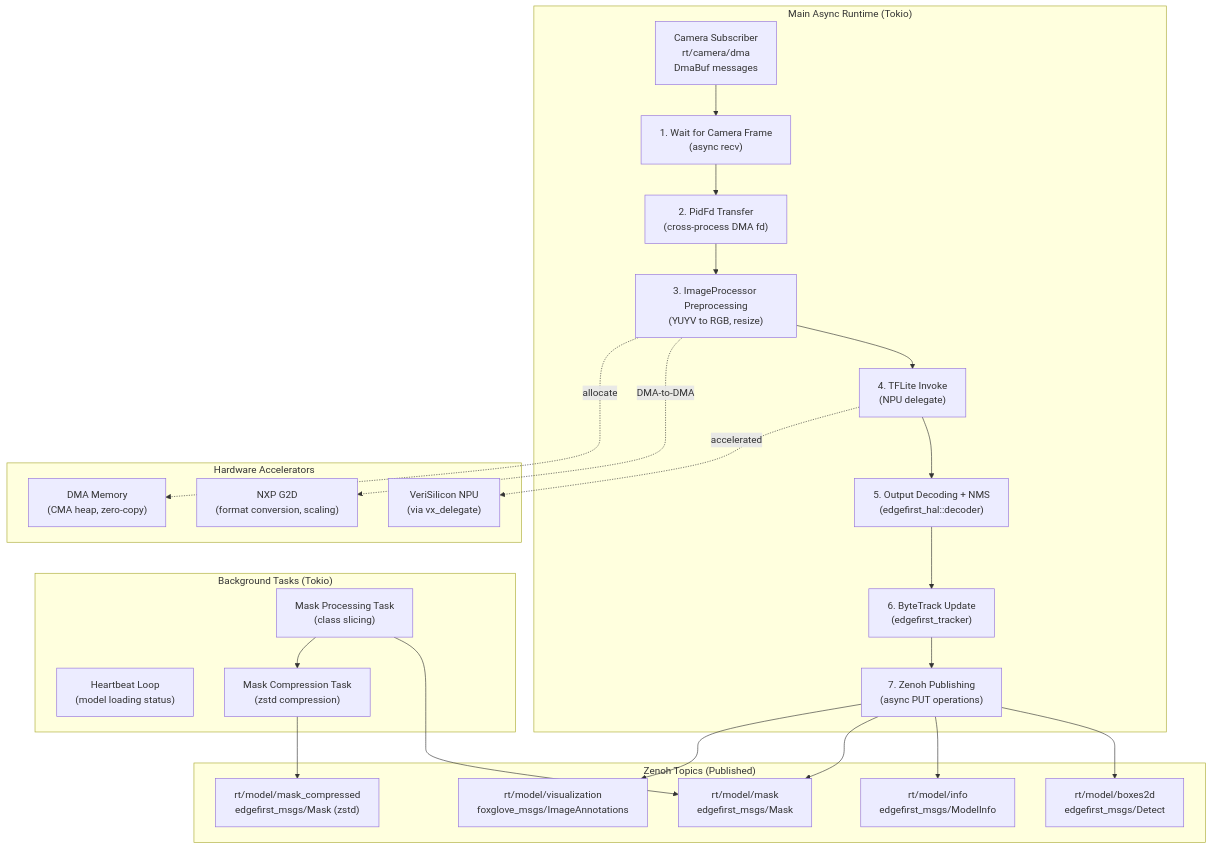
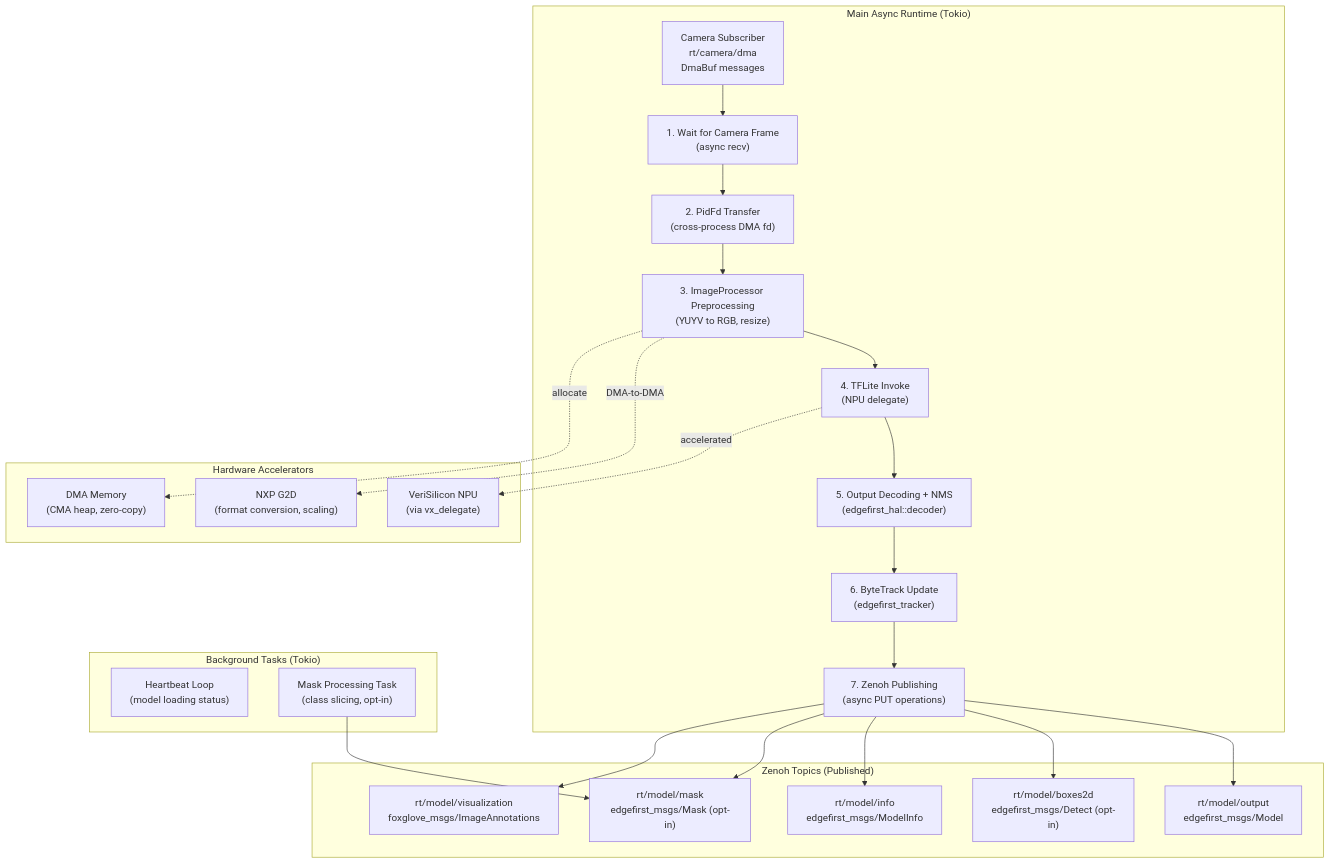
The first of 5 diagrams in ARCHITECTURE.md (EdgeFirstAI/model), drawn with Mermaid before and after one commit. The commit also changed other lines of this file and 12 other files, not shown here.

First line of the commit message:
EDGEAI-1079: Unify model output and deprecate legacy topics

````diff
--- a/ARCHITECTURE.md
+++ b/ARCHITECTURE.md
@@ -29,54 +29,52 @@
 ```mermaid
 graph TB
     subgraph "Main Async Runtime (Tokio)"
         CamSub["Camera Subscriber<br/>rt/camera/dma<br/>DmaBuf messages"]
         WaitFrame["1. Wait for Camera Frame<br/>(async recv)"]
         PidFd["2. PidFd Transfer<br/>(cross-process DMA fd)"]
         G2DPrep["3. ImageProcessor Preprocessing<br/>(YUYV to RGB, resize)"]
         Inference["4. TFLite Invoke<br/>(NPU delegate)"]
         Decode["5. Output Decoding + NMS<br/>(edgefirst_hal::decoder)"]
         Track["6. ByteTrack Update<br/>(edgefirst_tracker)"]
         Publish["7. Zenoh Publishing<br/>(async PUT operations)"]
 
         CamSub --> WaitFrame
         WaitFrame --> PidFd
         PidFd --> G2DPrep
         G2DPrep --> Inference
         Inference --> Decode
         Decode --> Track
         Track --> Publish
     end
 
     subgraph "Background Tasks (Tokio)"
         Heartbeat["Heartbeat Loop<br/>(model loading status)"]
-        MaskTask["Mask Processing Task<br/>(class slicing)"]
-        CompressTask["Mask Compression Task<br/>(zstd compression)"]
+        MaskTask["Mask Processing Task<br/>(class slicing, opt-in)"]
     end
 
     subgraph "Zenoh Topics (Published)"
-        DetectTop["rt/model/boxes2d<br/>edgefirst_msgs/Detect"]
+        OutputTop["rt/model/output<br/>edgefirst_msgs/Model"]
         InfoTop["rt/model/info<br/>edgefirst_msgs/ModelInfo"]
-        MaskTop["rt/model/mask<br/>edgefirst_msgs/Mask"]
-        MaskCompTop["rt/model/mask_compressed<br/>edgefirst_msgs/Mask (zstd)"]
+        DetectTop["rt/model/boxes2d<br/>edgefirst_msgs/Detect (opt-in)"]
+        MaskTop["rt/model/mask<br/>edgefirst_msgs/Mask (opt-in)"]
         VisualTop["rt/model/visualization<br/>foxglove_msgs/ImageAnnotations"]
     end
 
     subgraph "Hardware Accelerators"
         NPU["VeriSilicon NPU<br/>(via vx_delegate)"]
         G2D["NXP G2D<br/>(format conversion, scaling)"]
         DMA["DMA Memory<br/>(CMA heap, zero-copy)"]
     end
 
+    Publish --> OutputTop
     Publish --> DetectTop
     Publish --> InfoTop
     Publish --> MaskTop
     Publish --> VisualTop
 
     MaskTask --> MaskTop
-    MaskTask --> CompressTask
-    CompressTask --> MaskCompTop
 
     G2DPrep -.->|"DMA-to-DMA"| G2D
     Inference -.->|"accelerated"| NPU
     G2DPrep -.->|"allocate"| DMA
 ```
````
